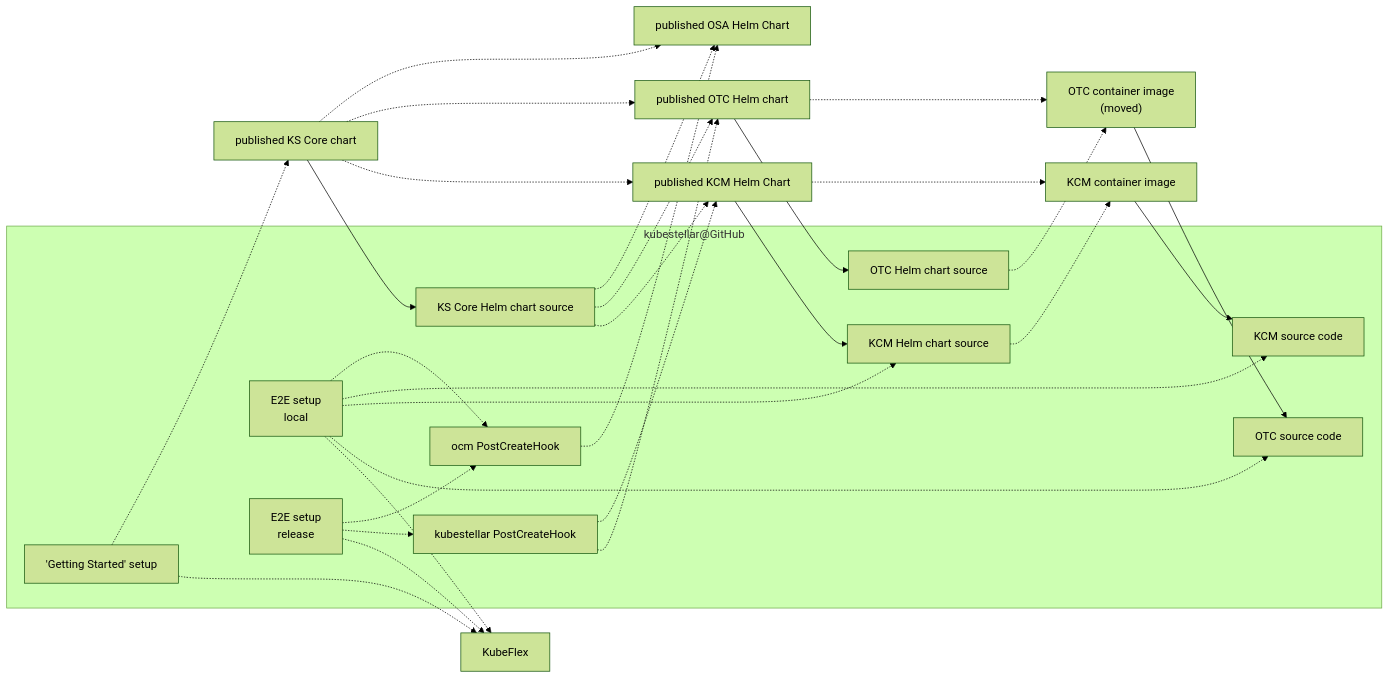
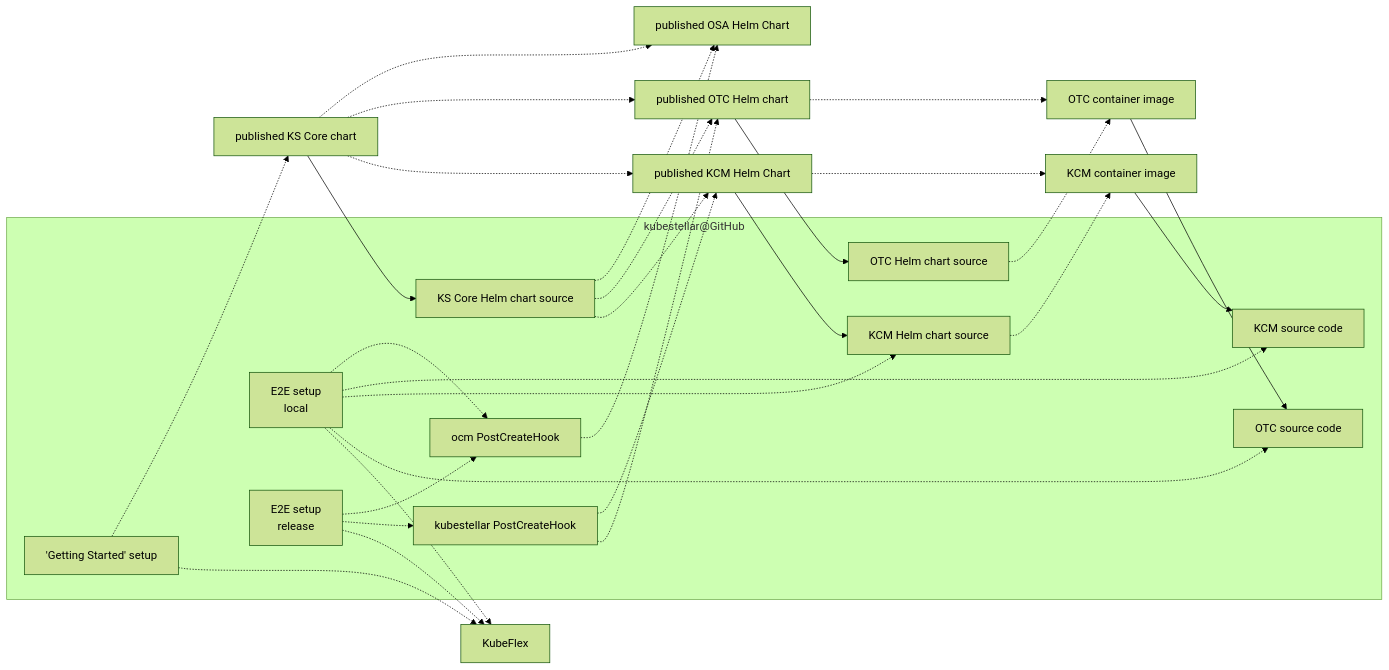
Before and after one commit to kubestellar/kubestellar: the third of 5 diagrams in docs/content/direct/packaging.md, drawn with Mermaid (forest theme). The commit also changed other lines of this file and 1 other file, not shown here.

````diff
--- a/docs/content/direct/packaging.md
+++ b/docs/content/direct/packaging.md
@@ -96,45 +83,45 @@
 ```mermaid
 flowchart LR
     osa_hc_repo[published OSA Helm Chart]
     subgraph ks_repo["kubestellar@GitHub"]
     kcm_code[KCM source code]
     otc_code[OTC source code]
     kcm_hc_src[KCM Helm chart source]
     otc_hc_src[OTC Helm chart source]
     ksc_hc_src[KS Core Helm chart source]
     ks_pch[kubestellar PostCreateHook]
     ocm_pch["ocm PostCreateHook"]
     setup_ksc["'Getting Started' setup"]
     e2e_local["E2E setup<br>local"]
     e2e_release["E2E setup<br>release"]
     end
     ocm_pch -.-> osa_hc_repo
     kcm_ctr_image[KCM container image] --> kcm_code
     kcm_hc_repo[published KCM Helm Chart] --> kcm_hc_src
     kcm_hc_src -.-> kcm_ctr_image
     kcm_hc_repo -.-> kcm_ctr_image
     ks_pch -.-> kcm_hc_repo
     ks_pch -.-> otc_hc_repo[published OTC Helm chart]
-    otc_ctr_image["OTC container image<br>(moved)"]
+    otc_ctr_image[OTC container image]
     otc_ctr_image --> otc_code
     otc_hc_src -.-> otc_ctr_image
     otc_hc_repo --> otc_hc_src
     otc_hc_repo -.-> otc_ctr_image
     ksc_hc_repo[published KS Core chart] --> ksc_hc_src
     ksc_hc_src -.-> osa_hc_repo
     ksc_hc_src -.-> otc_hc_repo
     ksc_hc_src -.-> kcm_hc_repo
     ksc_hc_repo -.-> osa_hc_repo
     ksc_hc_repo -.-> otc_hc_repo
     ksc_hc_repo -.-> kcm_hc_repo
     setup_ksc -.-> ksc_hc_repo
     setup_ksc -.-> KubeFlex
     e2e_local -.-> ocm_pch
     e2e_local -.-> kcm_code
     e2e_local -.-> kcm_hc_src
     e2e_local -.-> otc_code
     e2e_local -.-> KubeFlex
     e2e_release -.-> ocm_pch
     e2e_release -.-> ks_pch
     e2e_release -.-> KubeFlex
 ```
````
